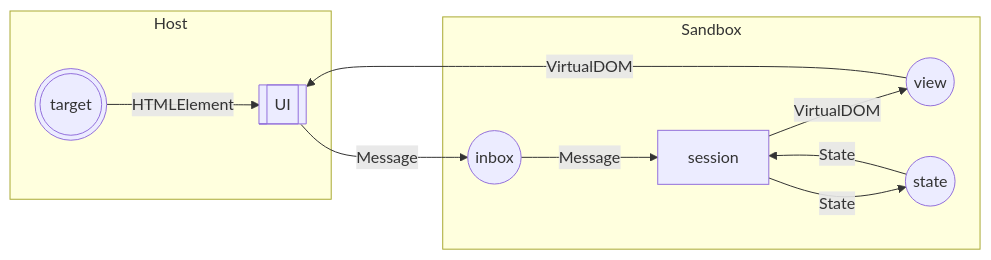
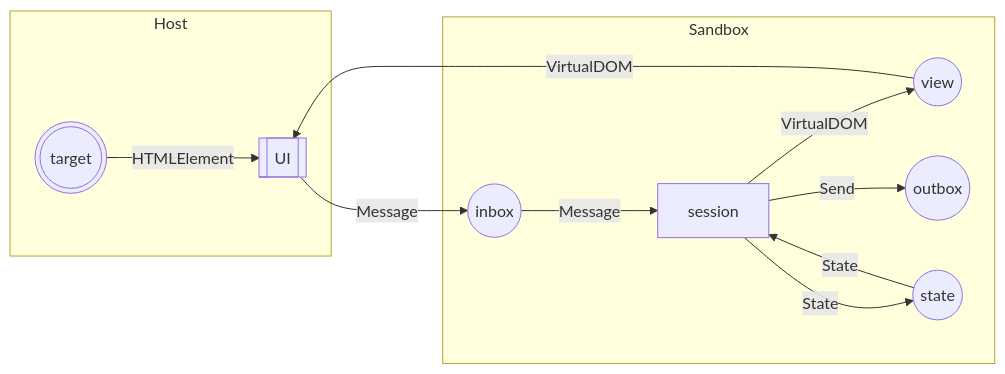
The diagram in journals/2024_06_14.md (Gozala/workspace), drawn with Mermaid before and after one commit.

Commit message:
Auto saved by Logseq

````diff
--- a/journals/2024_06_14.md
+++ b/journals/2024_06_14.md
@@ -7,21 +7,23 @@
   ```mermaid
   flowchart LR
   target(((target)))
   view((view))
   inbox((inbox))
+  outbox((outbox))
   state((state))
   UI[[UI]]
   app[session]
   
   subgraph Host
   target -- HTMLElement --> UI
   end
   subgraph Sandbox
   view -- VirtualDOM --> UI
   UI -- Message --> inbox 
   inbox -- Message --> app
   app -- VirtualDOM --> view
   app -- State --> state
   state -- State --> app
+  app -- Send --> outbox
   end
   ```
````
